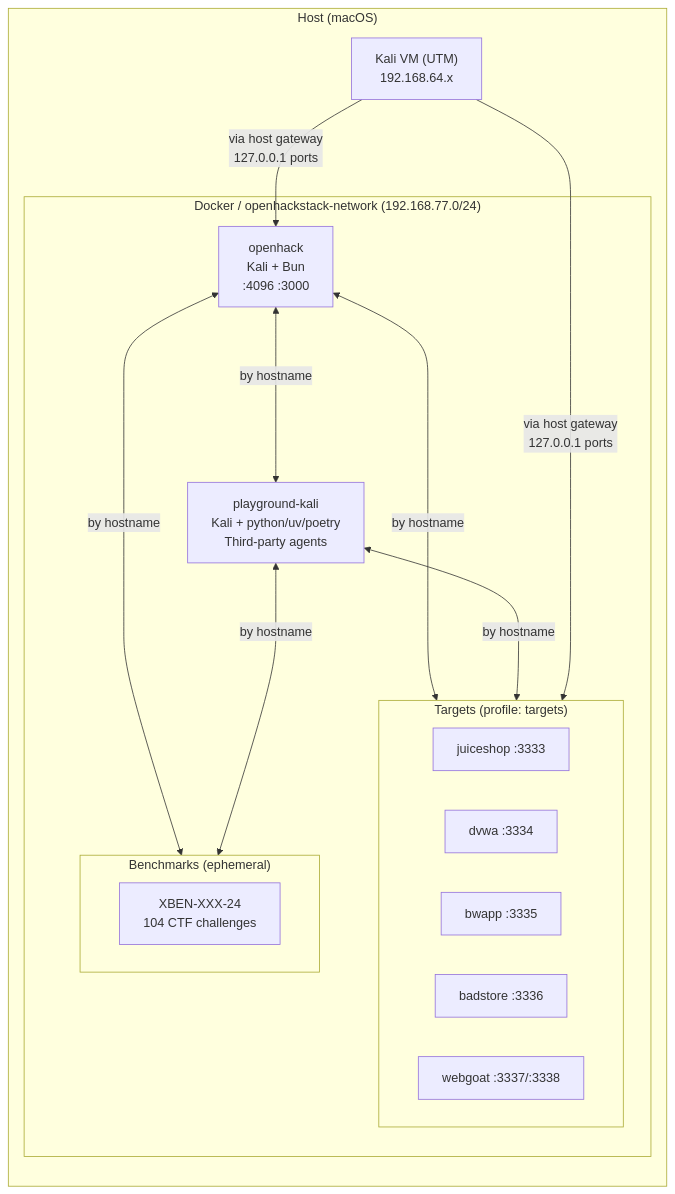
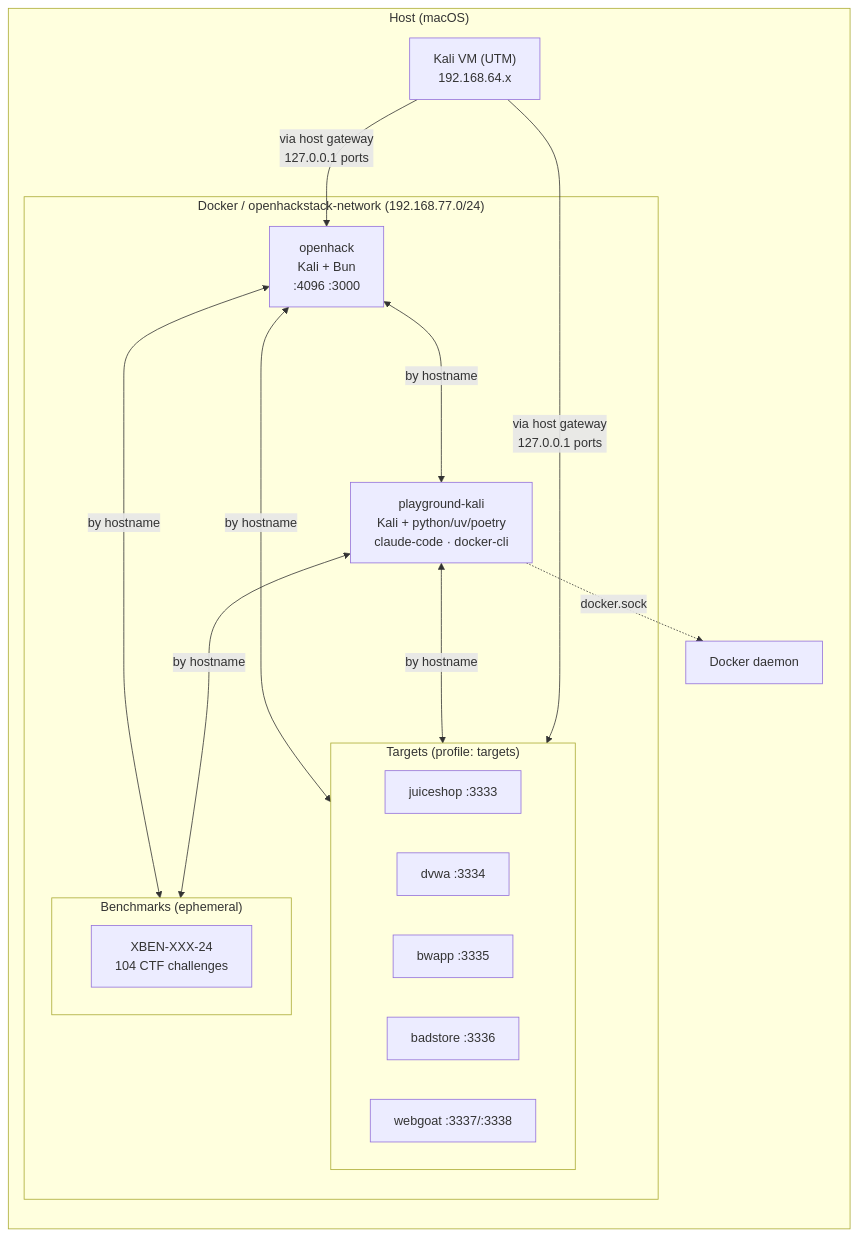
One commit to mkdirtim/FERR changed the diagram in docker/README.md. Above: the diagram before and after it, drawn with Mermaid.

Commit message:
docs: update architecture diagram for playground changes
Add docker-cli/claude-code to playground label, show docker.sock
link to host Docker daemon.

````diff
--- a/docker/README.md
+++ b/docker/README.md
@@ -7,28 +7,30 @@
 ```mermaid
 graph LR
     subgraph host["Host (macOS)"]
         subgraph docker["Docker / openhackstack-network (192.168.77.0/24)"]
             openhack["openhack<br/>Kali + Bun<br/>:4096 :3000"]
-            playground["playground-kali<br/>Kali + python/uv/poetry<br/>Third-party agents"]
+            playground["playground-kali<br/>Kali + python/uv/poetry<br/>claude-code · docker-cli"]
             subgraph targets["Targets (profile: targets)"]
                 juiceshop["juiceshop :3333"]
                 dvwa["dvwa :3334"]
                 bwapp["bwapp :3335"]
                 badstore["badstore :3336"]
                 webgoat["webgoat :3337/:3338"]
             end
             subgraph benchmarks["Benchmarks (ephemeral)"]
                 xbow["XBEN-XXX-24<br/>104 CTF challenges"]
             end
         end
+        dockerd["Docker daemon"]
         vm["Kali VM (UTM)<br/>192.168.64.x"]
     end
 
     openhack <--->|"by hostname"| targets
     openhack <--->|"by hostname"| benchmarks
     playground <--->|"by hostname"| targets
     playground <--->|"by hostname"| benchmarks
     openhack <--->|"by hostname"| playground
+    playground -.->|"docker.sock"| dockerd
     vm -->|"via host gateway<br/>127.0.0.1 ports"| openhack
     vm -->|"via host gateway<br/>127.0.0.1 ports"| targets
 ```
````
